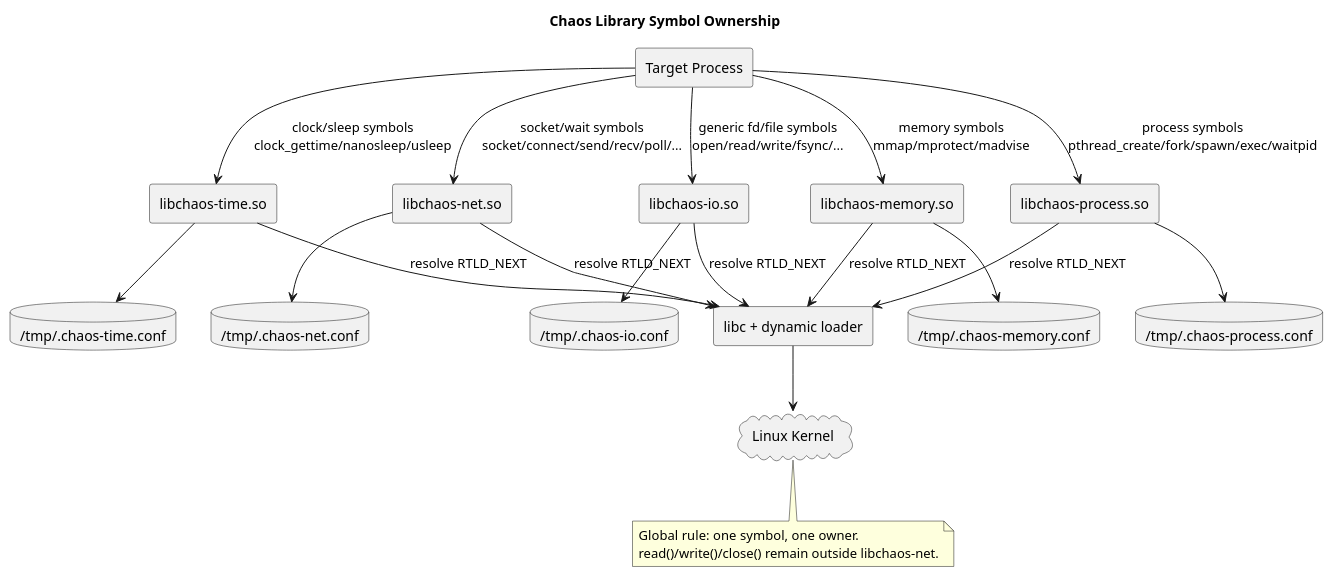
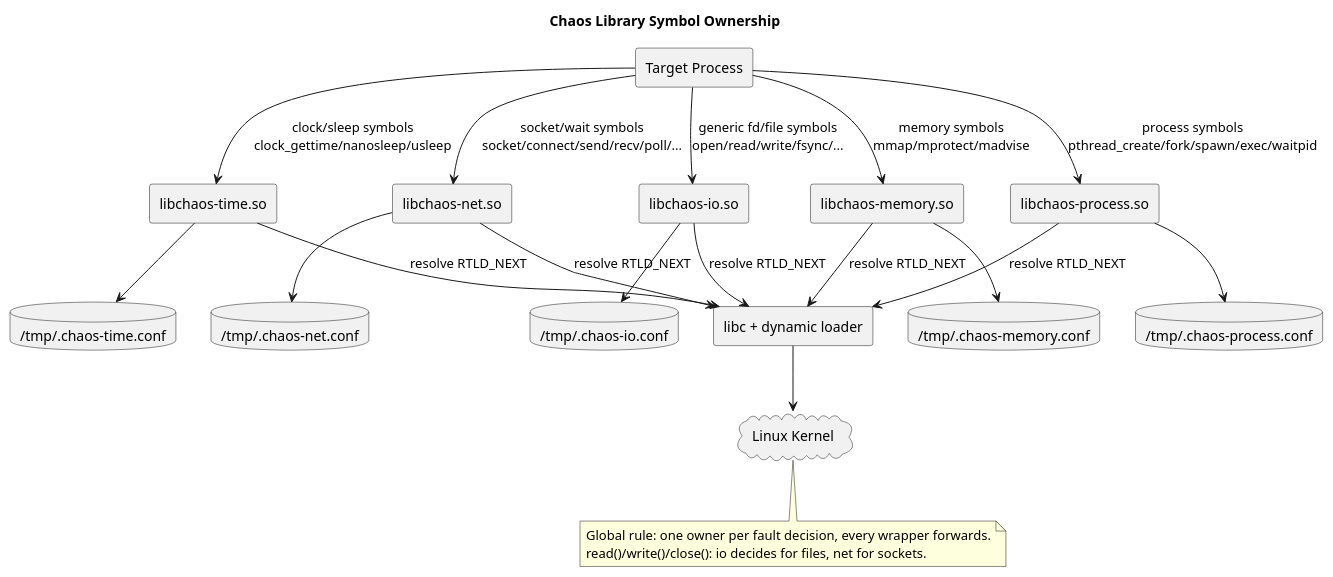
The first of 4 diagrams in docs/SYSTEM.md (macstab/macstab-chaos-testing-libraries), drawn with PlantUML before and after one commit. The commit also changed other lines of this file and 6 other files, not shown here.

````diff
--- a/docs/SYSTEM.md
+++ b/docs/SYSTEM.md
@@ -409,45 +412,45 @@
 ```plantuml
 @startuml
 title Chaos Library Symbol Ownership
 skinparam componentStyle rectangle
 
 component "Target Process" as App
 component "libchaos-io.so" as IO
 component "libchaos-net.so" as NET
 component "libchaos-time.so" as TIME
 component "libchaos-process.so" as PROC
 component "libchaos-memory.so" as MEM
 component "libc + dynamic loader" as LIBC
 database "/tmp/.chaos-io.conf" as IOCFG
 database "/tmp/.chaos-net.conf" as NETCFG
 database "/tmp/.chaos-time.conf" as TIMECFG
 database "/tmp/.chaos-process.conf" as PROCCFG
 database "/tmp/.chaos-memory.conf" as MEMCFG
 cloud "Linux Kernel" as KERNEL
 
 App --> IO : generic fd/file symbols\nopen/read/write/fsync/...
 App --> NET : socket/wait symbols\nsocket/connect/send/recv/poll/...
 App --> TIME : clock/sleep symbols\nclock_gettime/nanosleep/usleep
 App --> PROC : process symbols\npthread_create/fork/spawn/exec/waitpid
 App --> MEM : memory symbols\nmmap/mprotect/madvise
 
 IO --> IOCFG
 NET --> NETCFG
 TIME --> TIMECFG
 PROC --> PROCCFG
 MEM --> MEMCFG
 
 IO --> LIBC : resolve RTLD_NEXT
 NET --> LIBC : resolve RTLD_NEXT
 TIME --> LIBC : resolve RTLD_NEXT
 PROC --> LIBC : resolve RTLD_NEXT
 MEM --> LIBC : resolve RTLD_NEXT
 
 LIBC --> KERNEL
 
 note bottom
-Global rule: one symbol, one owner.
-read()/write()/close() remain outside libchaos-net.
+Global rule: one owner per fault decision, every wrapper forwards.
+read()/write()/close(): io decides for files, net for sockets.
 end note
 @enduml
 ```
````
